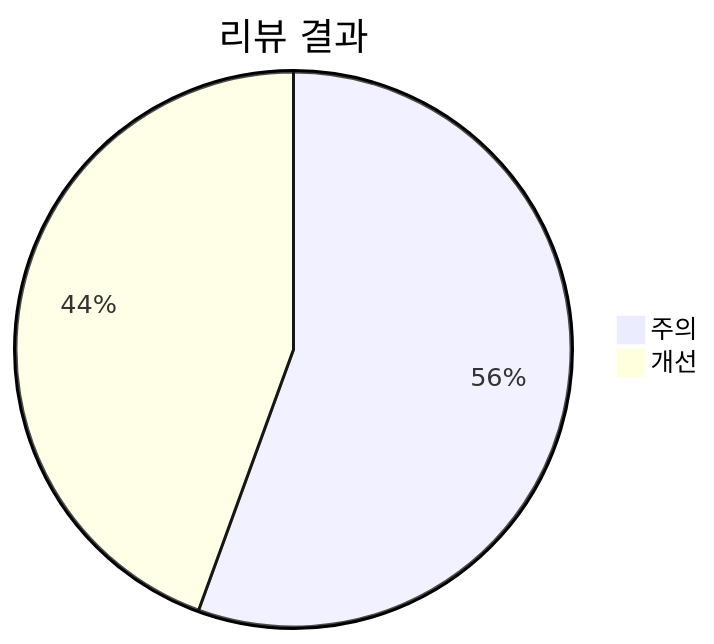
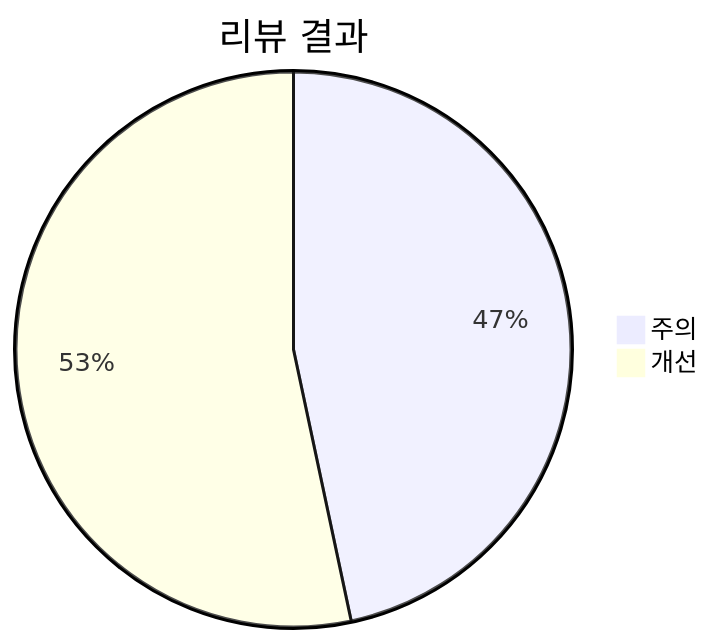
The second of 3 diagrams in work/20261119-f26e72/04_test.md (sunguphong/devsap), drawn with Mermaid before and after one commit. The commit also changed other lines of this file and 20 other files, not shown here.

````diff
--- a/work/20261119-f26e72/04_test.md
+++ b/work/20261119-f26e72/04_test.md
@@ -41,5 +45,5 @@
 ```mermaid
 pie title 리뷰 결과
-  "주의" : 5
-  "개선" : 4
+  "주의" : 7
+  "개선" : 8
 ```
````
